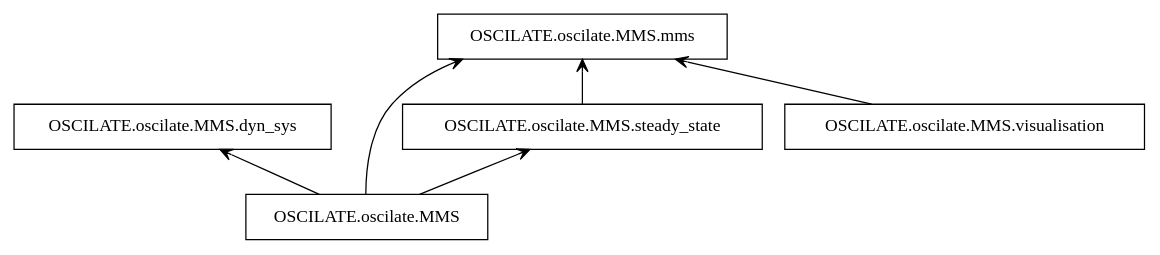
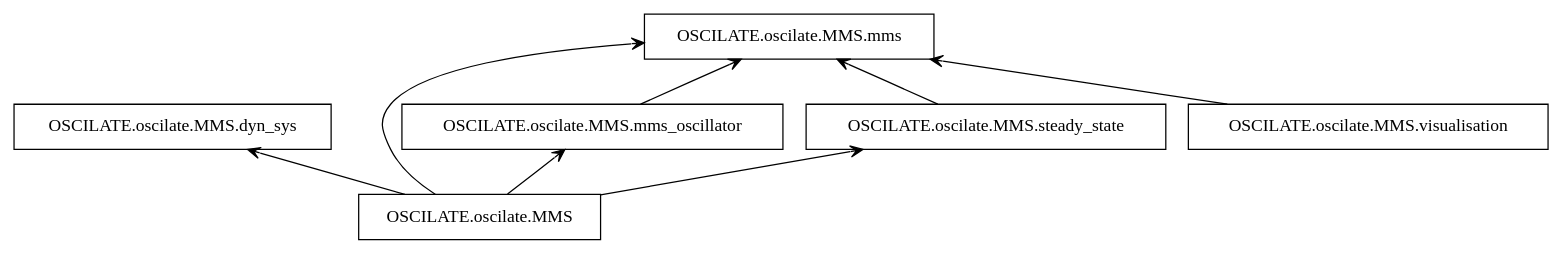
The diagram in docs/source/architecture/packages_MMS.dot (VinceECN/OSCILATE), drawn with Graphviz before and after one commit. The commit also changed 5 other files, not shown here.

Commit message:
Update the svg figure to the new architecture

```diff
--- a/docs/source/architecture/packages_MMS.dot
+++ b/docs/source/architecture/packages_MMS.dot
@@ -1,14 +1,17 @@
 digraph "packages_MMS" {
 rankdir=BT
 charset="utf-8"
 "OSCILATE.oscilate.MMS" [color="black", label=<OSCILATE.oscilate.MMS>, shape="box", style="solid"];
 "OSCILATE.oscilate.MMS.dyn_sys" [color="black", label=<OSCILATE.oscilate.MMS.dyn_sys>, shape="box", style="solid"];
 "OSCILATE.oscilate.MMS.mms" [color="black", label=<OSCILATE.oscilate.MMS.mms>, shape="box", style="solid"];
+"OSCILATE.oscilate.MMS.mms_oscillator" [color="black", label=<OSCILATE.oscilate.MMS.mms_oscillator>, shape="box", style="solid"];
 "OSCILATE.oscilate.MMS.steady_state" [color="black", label=<OSCILATE.oscilate.MMS.steady_state>, shape="box", style="solid"];
 "OSCILATE.oscilate.MMS.visualisation" [color="black", label=<OSCILATE.oscilate.MMS.visualisation>, shape="box", style="solid"];
 "OSCILATE.oscilate.MMS" -> "OSCILATE.oscilate.MMS.dyn_sys" [arrowhead="open", arrowtail="none"];
 "OSCILATE.oscilate.MMS" -> "OSCILATE.oscilate.MMS.mms" [arrowhead="open", arrowtail="none"];
+"OSCILATE.oscilate.MMS" -> "OSCILATE.oscilate.MMS.mms_oscillator" [arrowhead="open", arrowtail="none"];
 "OSCILATE.oscilate.MMS" -> "OSCILATE.oscilate.MMS.steady_state" [arrowhead="open", arrowtail="none"];
+"OSCILATE.oscilate.MMS.mms_oscillator" -> "OSCILATE.oscilate.MMS.mms" [arrowhead="open", arrowtail="none"];
 "OSCILATE.oscilate.MMS.steady_state" -> "OSCILATE.oscilate.MMS.mms" [arrowhead="open", arrowtail="none"];
 "OSCILATE.oscilate.MMS.visualisation" -> "OSCILATE.oscilate.MMS.mms" [arrowhead="open", arrowtail="none"];
 }
```
